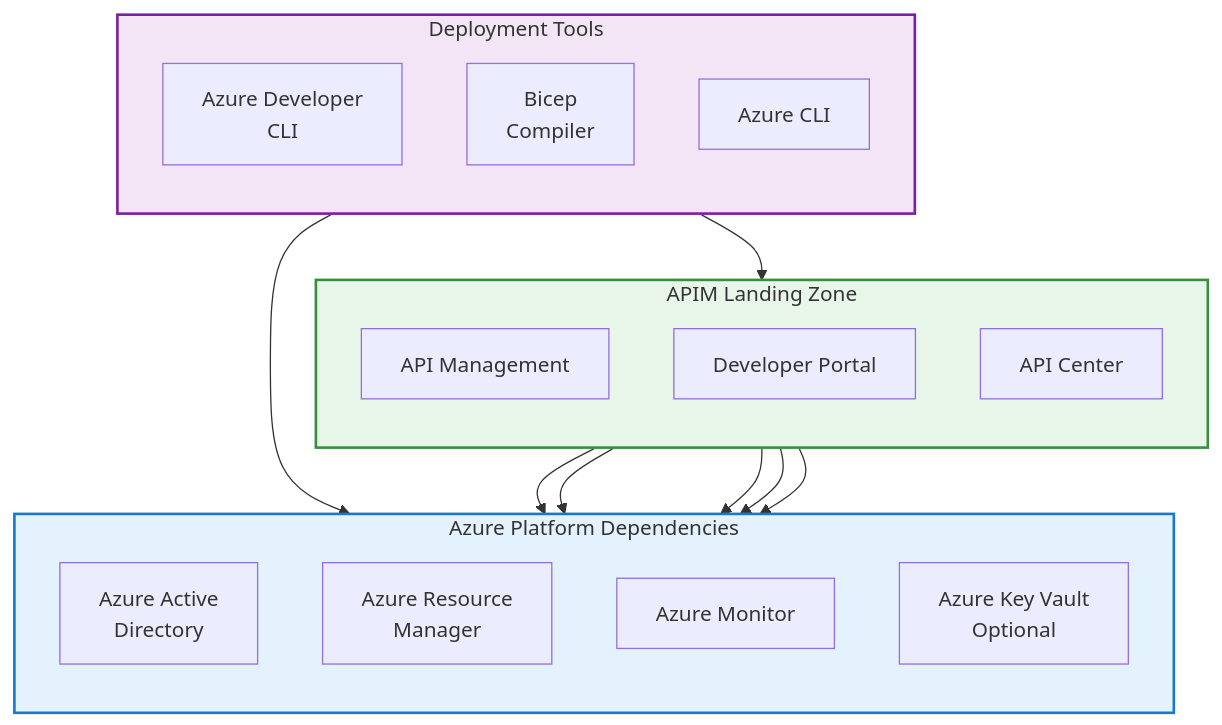
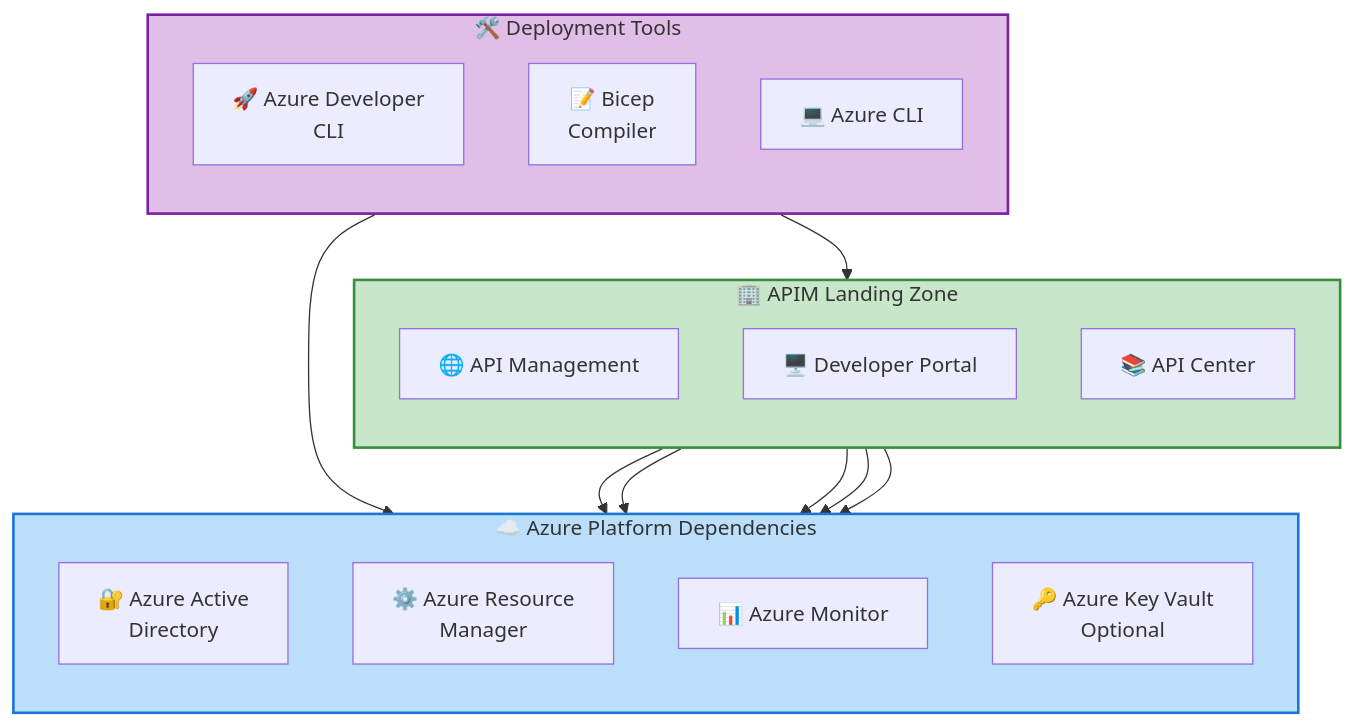
One commit to Evilazaro/APIM-Accelerator changed the ninth of 10 diagrams in docs/architecture/Business_Architecture_Document.md. Above: the diagram before and after it, drawn with Mermaid. The commit also changed other lines of this file and 1 other file, not shown here.

Commit message:
Enhance Data Architecture Document with improved flowcharts and semantic icons for better clarity and visual appeal

````diff
--- a/docs/architecture/Business_Architecture_Document.md
+++ b/docs/architecture/Business_Architecture_Document.md
@@ -495,38 +523,41 @@
 ```mermaid
 %%{init: {"flowchart": {"htmlLabels": false}} }%%
+%% ============================================
+%% COLOR SCHEME: Semantic (platform=green, deps=blue, tools=purple)
+%% ============================================
 flowchart TB
-    subgraph apim_platform["APIM Landing Zone"]
+    subgraph apim_platform["🏢 APIM Landing Zone"]
         direction TB
-        APIM["API Management"]
-        PORTAL["Developer Portal"]
-        CENTER["API Center"]
+        APIM["🌐 API Management"]
+        PORTAL["🖥️ Developer Portal"]
+        CENTER["📚 API Center"]
     end
 
-    subgraph azure_deps["Azure Platform Dependencies"]
+    subgraph azure_deps["☁️ Azure Platform Dependencies"]
         direction TB
-        AAD["Azure Active<br/>Directory"]
-        ARM["Azure Resource<br/>Manager"]
-        MON["Azure Monitor"]
-        KV["Azure Key Vault<br/>Optional"]
+        AAD["🔐 Azure Active<br/>Directory"]
+        ARM["⚙️ Azure Resource<br/>Manager"]
+        MON["📊 Azure Monitor"]
+        KV["🔑 Azure Key Vault<br/>Optional"]
     end
 
-    subgraph tools["Deployment Tools"]
+    subgraph tools["🛠️ Deployment Tools"]
         direction TB
-        AZD["Azure Developer<br/>CLI"]
-        BICEP["Bicep<br/>Compiler"]
-        AZCLI["Azure CLI"]
+        AZD["🚀 Azure Developer<br/>CLI"]
+        BICEP["📝 Bicep<br/>Compiler"]
+        AZCLI["💻 Azure CLI"]
     end
 
     APIM --> AAD
     PORTAL --> AAD
     APIM --> MON
     APIM --> KV
     CENTER --> ARM
 
     tools --> azure_deps
     tools --> apim_platform
 
-    style apim_platform fill:#E8F5E9,stroke:#388E3C,stroke-width:2px
-    style azure_deps fill:#E3F2FD,stroke:#1976D2,stroke-width:2px
-    style tools fill:#F3E5F5,stroke:#7B1FA2,stroke-width:2px
+    style apim_platform fill:#C8E6C9,stroke:#388E3C,stroke-width:2px
+    style azure_deps fill:#BBDEFB,stroke:#1976D2,stroke-width:2px
+    style tools fill:#E1BEE7,stroke:#7B1FA2,stroke-width:2px
 ```
````
